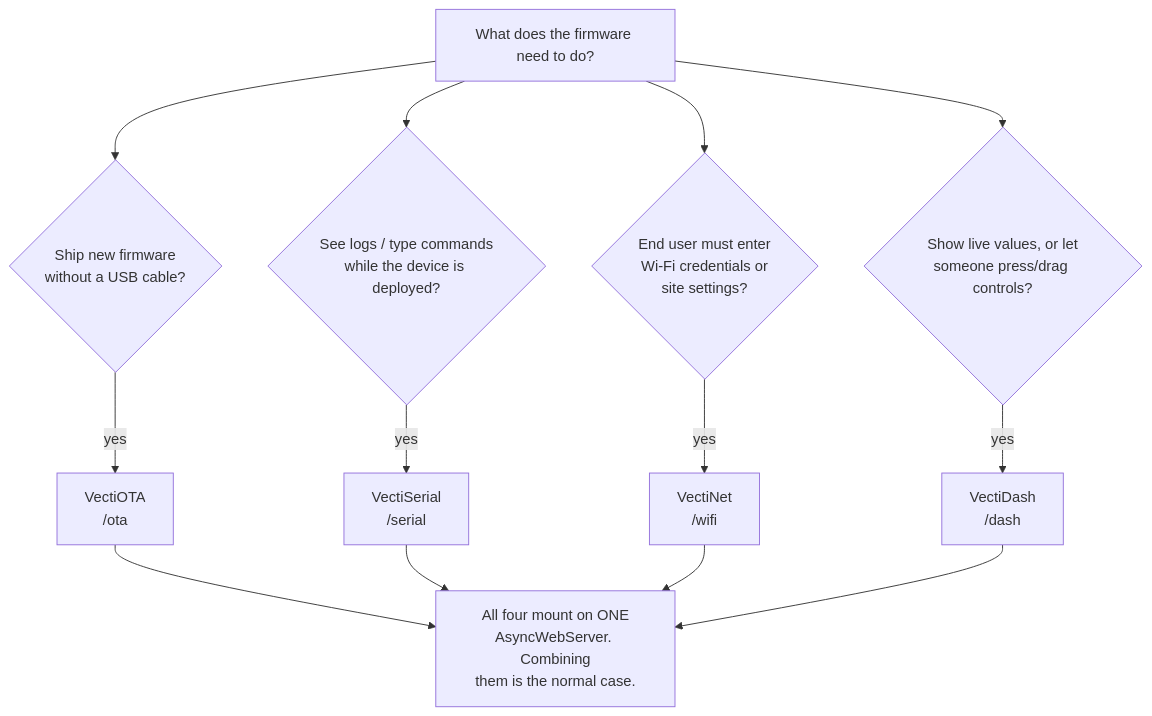
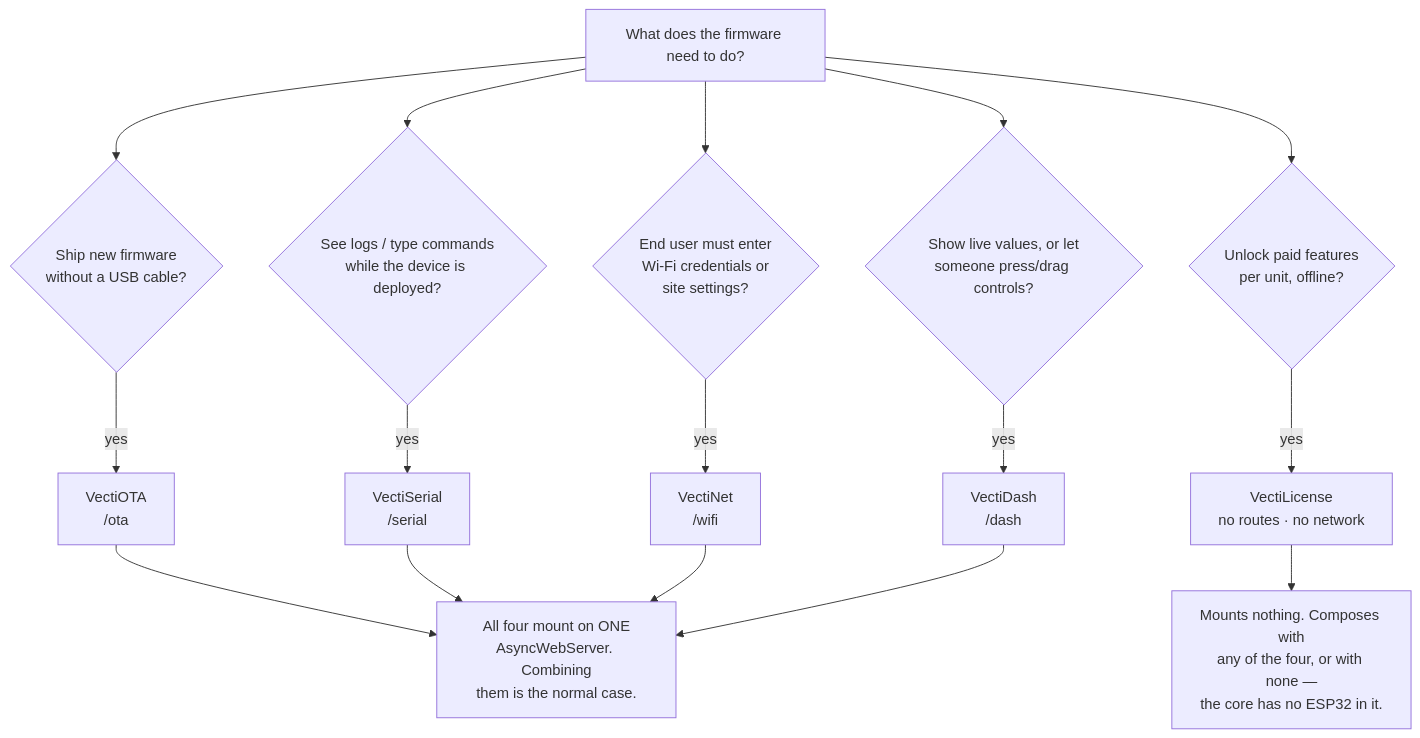
Before and after one commit to vectivolt/mcu_libraries: the first of 4 diagrams in docs/AI-AGENT-GUIDE.md, drawn with Mermaid. The commit also changed other lines of this file and 10 other files, not shown here.

First line of the commit message:
Add VectiLicense as the fifth library

````diff
--- a/docs/AI-AGENT-GUIDE.md
+++ b/docs/AI-AGENT-GUIDE.md
@@ -17,16 +25,19 @@
 ```mermaid
 flowchart TD
     A[What does the firmware need to do?] --> B{Ship new firmware<br/>without a USB cable?}
     B -->|yes| OTA[VectiOTA<br/>/ota]
     A --> C{See logs / type commands<br/>while the device is deployed?}
     C -->|yes| SER[VectiSerial<br/>/serial]
     A --> D{End user must enter<br/>Wi-Fi credentials or<br/>site settings?}
     D -->|yes| NET[VectiNet<br/>/wifi]
     A --> E{Show live values, or let<br/>someone press/drag controls?}
     E -->|yes| DASH[VectiDash<br/>/dash]
+    A --> F{Unlock paid features<br/>per unit, offline?}
+    F -->|yes| LIC[VectiLicense<br/>no routes · no network]
 
     OTA --> Z[All four mount on ONE<br/>AsyncWebServer. Combining<br/>them is the normal case.]
     SER --> Z
     NET --> Z
     DASH --> Z
+    LIC --> Y["Mounts nothing. Composes with<br/>any of the four, or with none —<br/>the core has no ESP32 in it."]
 ```
````
